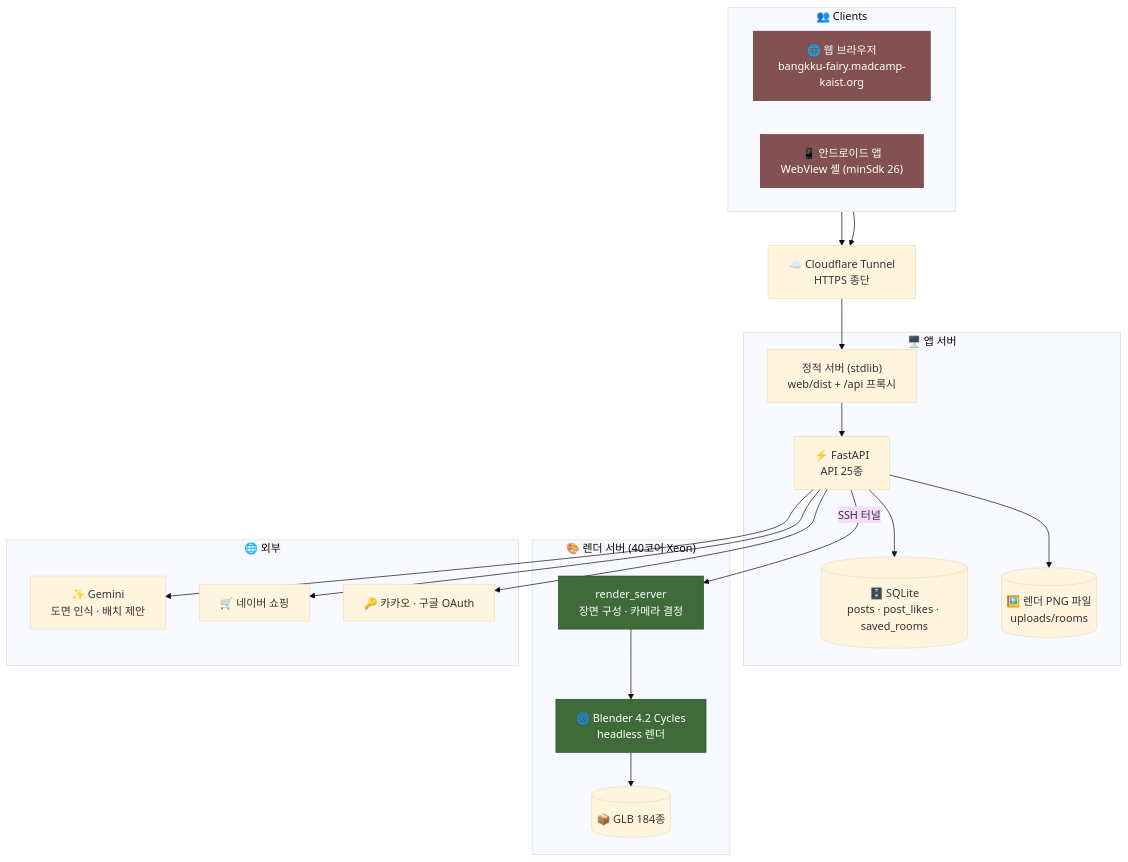
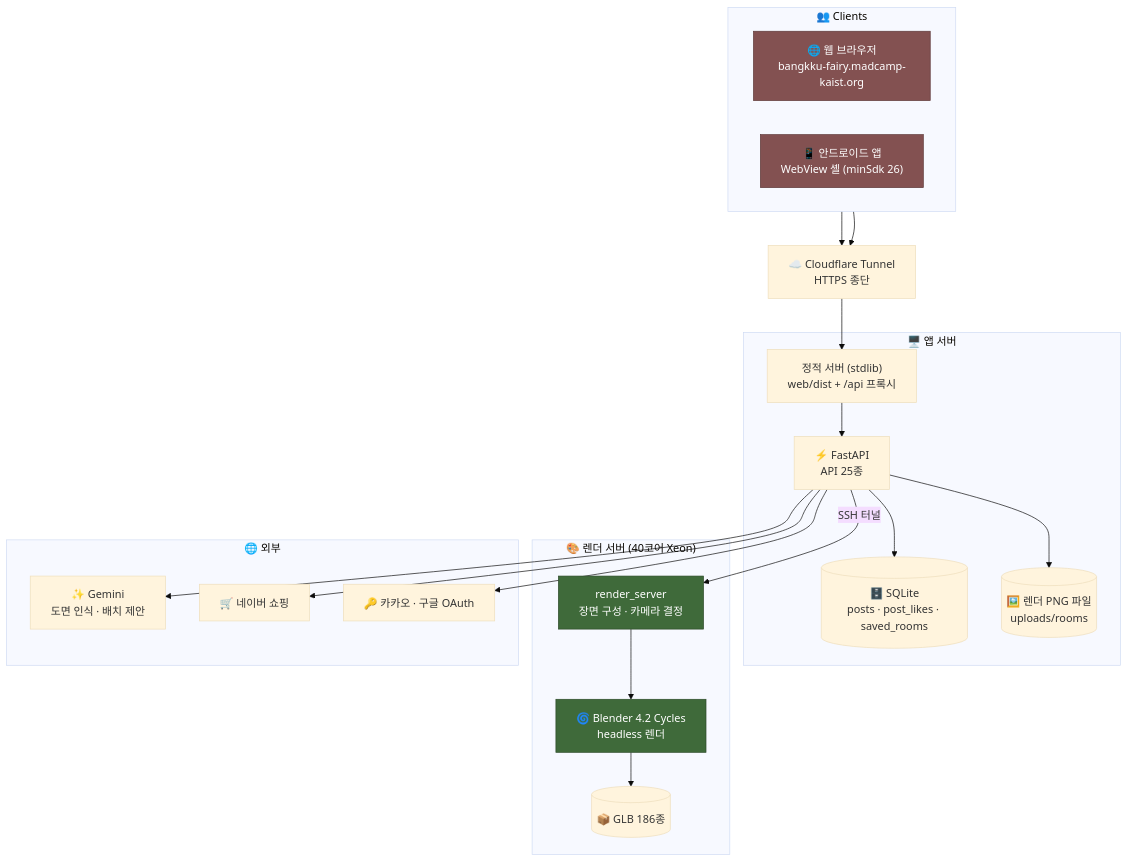
One commit to madcamp-official/26s-w4-c1-01 changed the first of 3 diagrams in docs/방꾸요정-NOTION.md. Above: the diagram before and after it, drawn with Mermaid (base theme). The commit also changed other lines of this file and 34 other files, not shown here.

````diff
--- a/docs/방꾸요정-NOTION.md
+++ b/docs/방꾸요정-NOTION.md
@@ -228,47 +228,47 @@
 ```mermaid
 flowchart TB
     subgraph clients["👥 Clients"]
         direction LR
         web["🌐 웹 브라우저<br/>bangkku-fairy.madcamp-kaist.org"]
         apk["📱 안드로이드 앱<br/>WebView 셸 (minSdk 26)"]
     end
 
     cf["☁️ Cloudflare Tunnel<br/>HTTPS 종단"]
 
     subgraph app["🖥️ 앱 서버"]
         static["정적 서버 (stdlib)<br/>web/dist + /api 프록시"]
         api["⚡ FastAPI<br/>API 25종"]
         db[("🗄️ SQLite<br/>posts · post_likes · saved_rooms")]
         files[("🖼️ 렌더 PNG 파일<br/>uploads/rooms")]
     end
 
     subgraph gpu["🎨 렌더 서버 (40코어 Xeon)"]
         rsv["render_server<br/>장면 구성 · 카메라 결정"]
         blender["🌀 Blender 4.2 Cycles<br/>headless 렌더"]
-        glb[("📦 GLB 184종")]
+        glb[("📦 GLB 186종")]
     end
 
     subgraph ext["🌐 외부"]
         gemini["✨ Gemini<br/>도면 인식 · 배치 제안"]
         naver["🛒 네이버 쇼핑"]
         oauth["🔑 카카오 · 구글 OAuth"]
     end
 
     web --> cf
     apk --> cf
     cf --> static
     static --> api
     api --> db
     api --> files
     api -->|"SSH 터널"| rsv
     rsv --> blender
     blender --> glb
     api --> gemini
     api --> naver
     api --> oauth
 
     classDef client fill:#835151,color:#fff,stroke:#5E3A3A
     class web,apk client
     classDef gpuc fill:#3f6a3a,color:#fff,stroke:#2c4a29
     class rsv,blender gpuc
 ```
````
